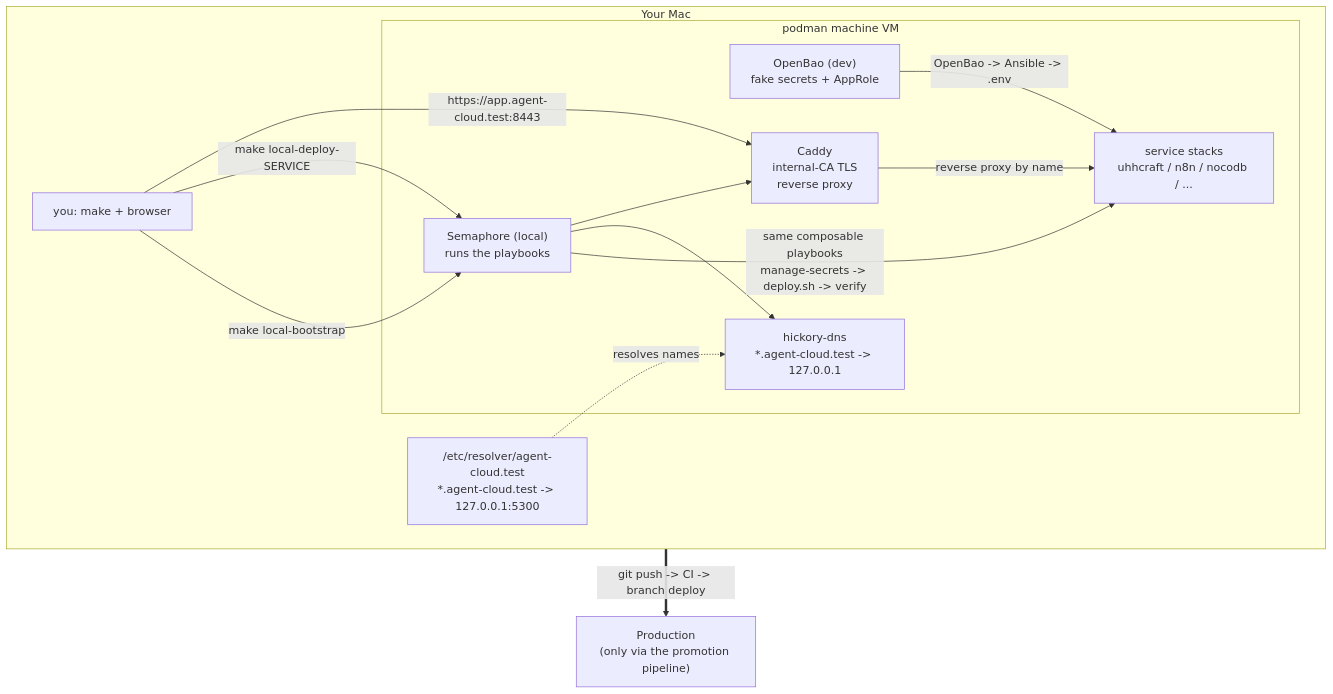
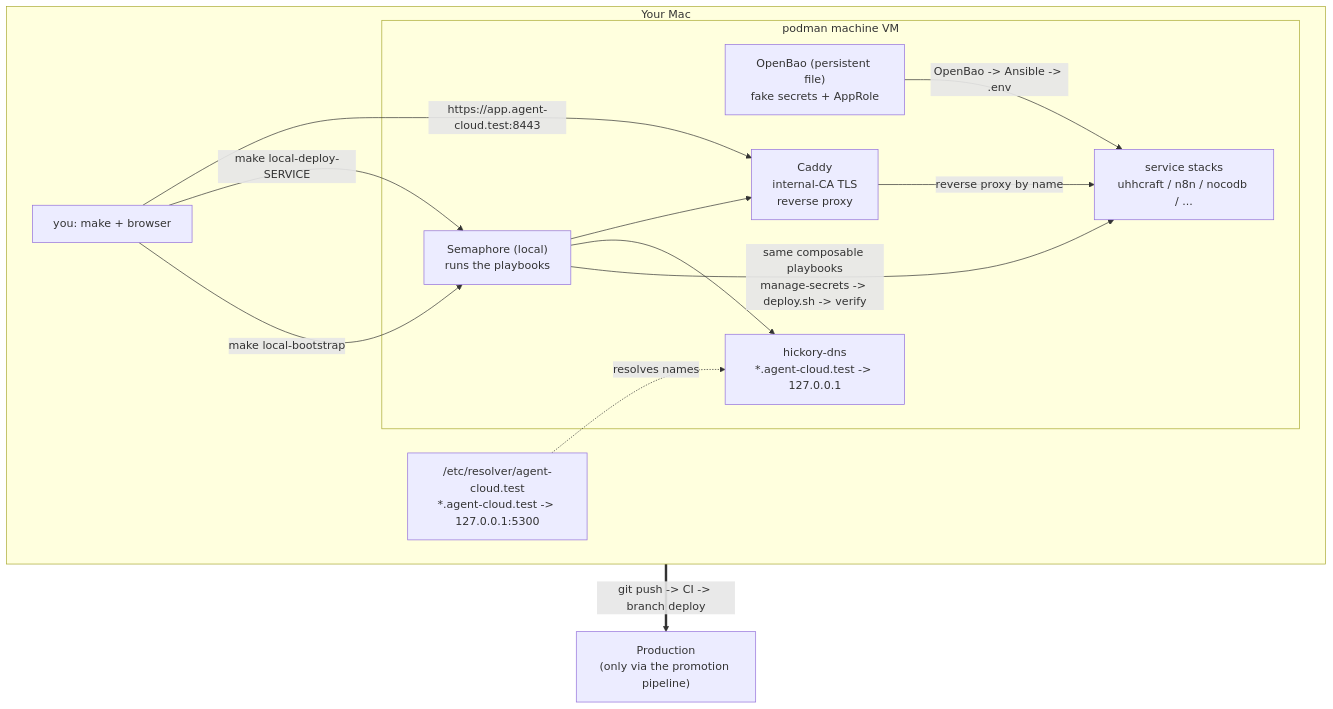
The first of 3 diagrams in LOCAL-DEV-README.md (uhstray-io/agent-cloud), drawn with Mermaid before and after one commit. The commit also changed other lines of this file and 4 other files, not shown here.

First line of the commit message:
feat(local-dev): persist OpenBao on a file backend

````diff
--- a/LOCAL-DEV-README.md
+++ b/LOCAL-DEV-README.md
@@ -26,26 +26,26 @@
 ```mermaid
 flowchart TB
   subgraph mac["Your Mac"]
     DEV["you: make + browser"]
     RES["/etc/resolver/agent-cloud.test<br/>*.agent-cloud.test -> 127.0.0.1:5300"]
     subgraph vm["podman machine VM"]
-      BAO["OpenBao (dev)<br/>fake secrets + AppRole"]
+      BAO["OpenBao (persistent file)<br/>fake secrets + AppRole"]
       SEM["Semaphore (local)<br/>runs the playbooks"]
       DNS["hickory-dns<br/>*.agent-cloud.test -> 127.0.0.1"]
       CAD["Caddy<br/>internal-CA TLS<br/>reverse proxy"]
       SVC["service stacks<br/>uhhcraft / n8n / nocodb / ..."]
     end
   end
   PROD["Production<br/>(only via the promotion pipeline)"]
 
   DEV -->|make local-bootstrap| SEM
   DEV -->|make local-deploy-SERVICE| SEM
   SEM -->|"same composable playbooks<br/>manage-secrets -> deploy.sh -> verify"| SVC
   SEM --> DNS
   SEM --> CAD
   BAO -->|"OpenBao -> Ansible -> .env"| SVC
   DEV -->|"https://app.agent-cloud.test:8443"| CAD
   RES -.resolves names.-> DNS
   CAD -->|reverse proxy by name| SVC
   mac ==>|git push -> CI -> branch deploy| PROD
 ```
````
